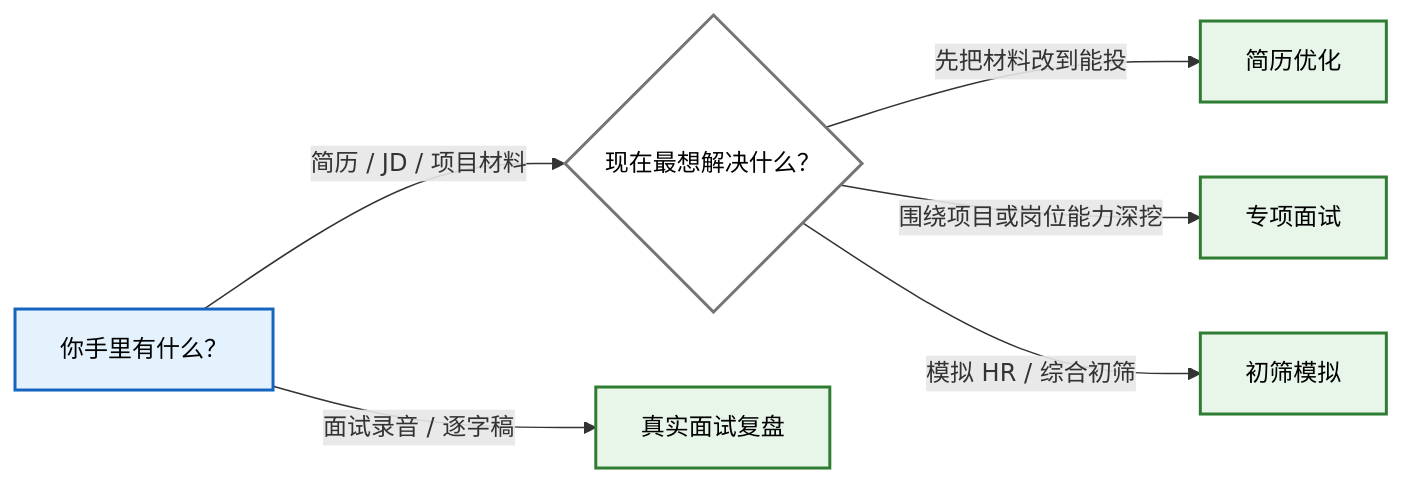
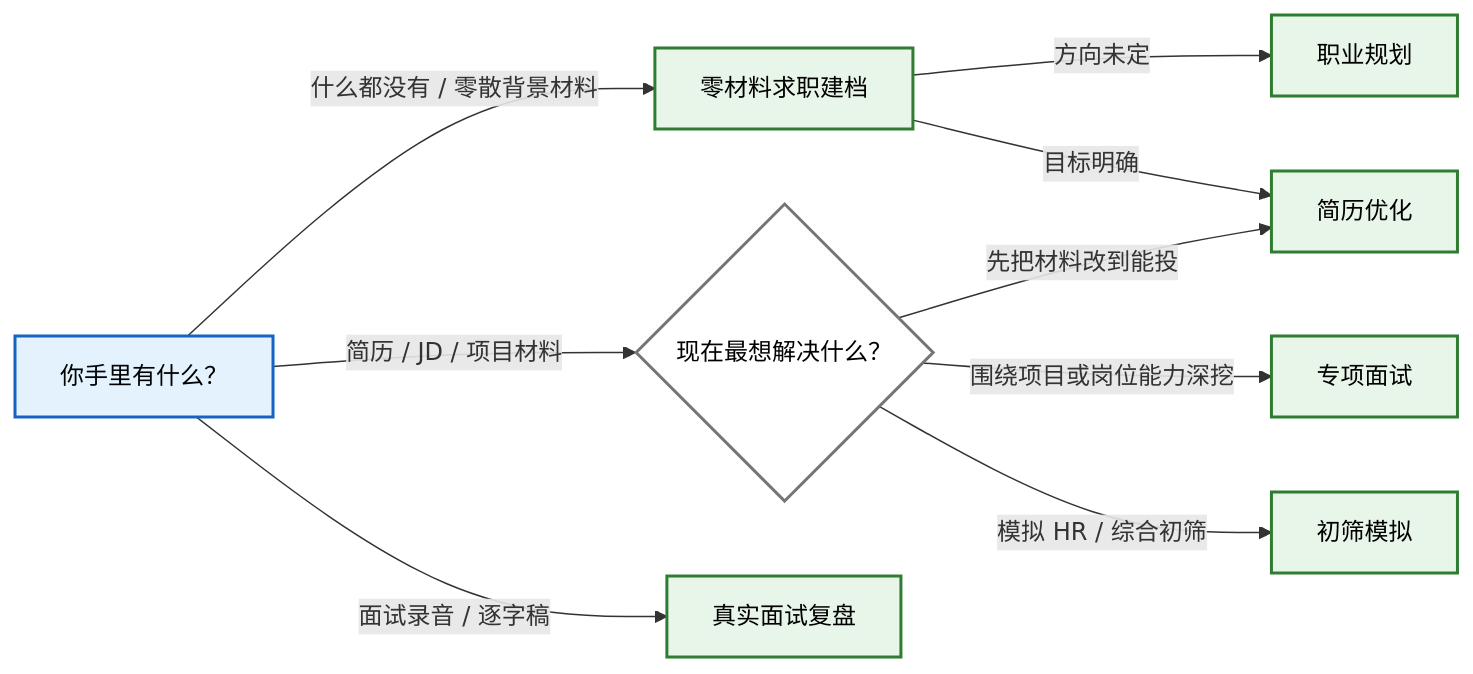
Before and after one commit to chengzicv/chengzicv-career-skills: the second of 2 diagrams in README.md, drawn with Mermaid. The commit also changed other lines of this file and 20 other files, not shown here.

````diff
--- a/README.md
+++ b/README.md
@@ -52,12 +53,15 @@
 ```mermaid
 graph LR
     classDef material fill:#e3f2fd,stroke:#1565c0,stroke-width:2px,color:#000;
     classDef decision fill:#fff,stroke:#757575,stroke-width:2px,color:#000;
     classDef skill fill:#e8f5e9,stroke:#2e7d32,stroke-width:2px,color:#000;
 
-    Start["你手里有什么？"]:::material -->|"简历 / JD / 项目材料"| Goal{"现在最想解决什么？"}:::decision
+    Start["你手里有什么？"]:::material -->|"什么都没有 / 零散背景材料"| Profile["零材料求职建档"]:::skill
+    Start -->|"简历 / JD / 项目材料"| Goal{"现在最想解决什么？"}:::decision
     Goal -->|"先把材料改到能投"| Resume["简历优化"]:::skill
     Goal -->|"围绕项目或岗位能力深挖"| Practice["专项面试"]:::skill
     Goal -->|"模拟 HR / 综合初筛"| Mock["初筛模拟"]:::skill
     Start -->|"面试录音 / 逐字稿"| Review["真实面试复盘"]:::skill
+    Profile -->|"方向未定"| Career["职业规划"]:::skill
+    Profile -->|"目标明确"| Resume
 ```
````
